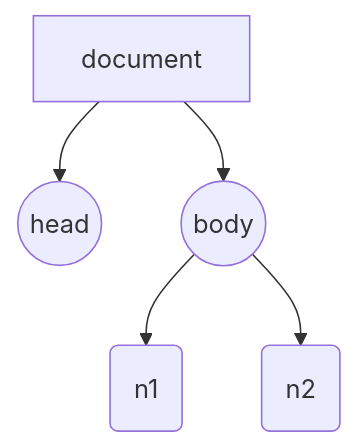
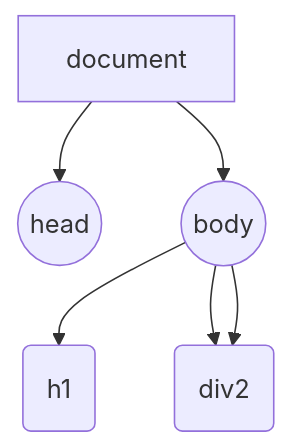
One commit to rafaelrpq/f1 changed the diagram in README.md. Above: the diagram before and after it, drawn with Mermaid.

````diff
--- a/README.md
+++ b/README.md
@@ -14,7 +14,8 @@
 ```mermaid
     graph TD
     doc[document] --> head((head))
     doc --> body((body))
-    body --> n1(n1)
-    body --> n2(n2)
+    body --> h1(h1)
+    body --> div(div)
+    body --> div(div2)
 ```
````
